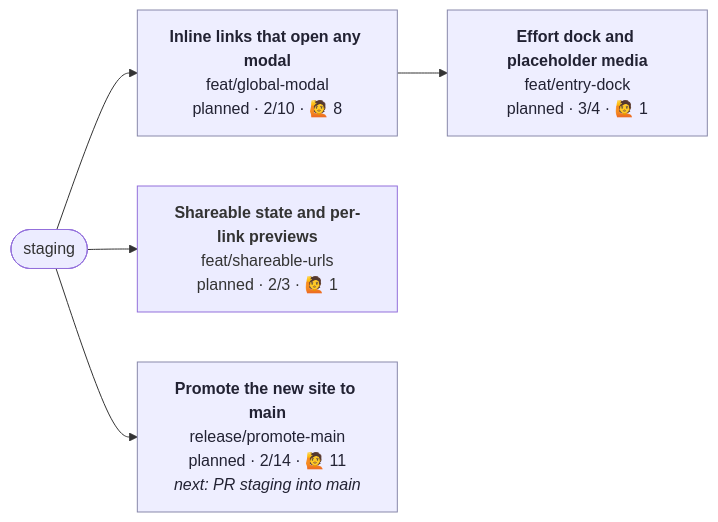
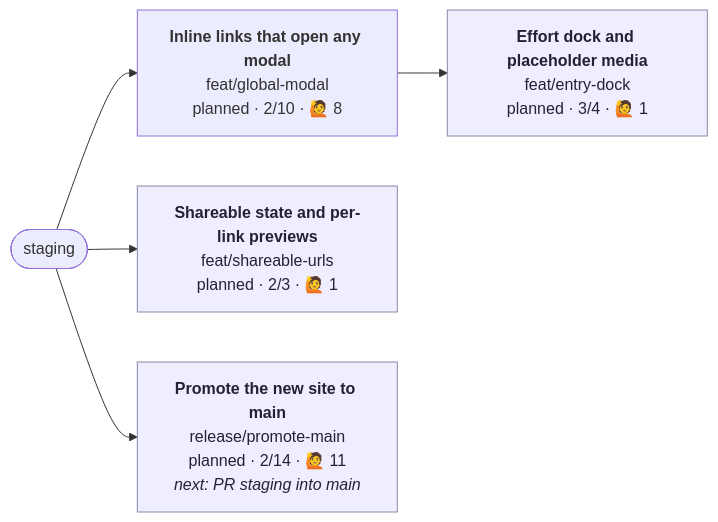
One commit to henryjonescodes/portfolio changed the diagram in CONTRIBUTING.md. Above: the diagram before and after it, drawn with Mermaid. The commit also changed other lines of this file, not shown here.

````diff
--- a/CONTRIBUTING.md
+++ b/CONTRIBUTING.md
@@ -5,21 +5,21 @@
 ```mermaid
 flowchart LR
   n_staging([staging])
   n_feat_entry_dock["<b>Effort dock and placeholder media</b><br/>feat/entry-dock<br/>planned · 3/4 · 🙋 1"]
   class n_feat_entry_dock planned
   n_feat_global_modal --> n_feat_entry_dock
   n_feat_global_modal["<b>Inline links that open any modal</b><br/>feat/global-modal<br/>planned · 2/10 · 🙋 8"]
-  class n_feat_global_modal planned
+  class n_feat_global_modal planned,current
   n_staging --> n_feat_global_modal
   n_feat_shareable_urls["<b>Shareable state and per-link previews</b><br/>feat/shareable-urls<br/>planned · 2/3 · 🙋 1"]
-  class n_feat_shareable_urls planned,current
+  class n_feat_shareable_urls planned
   n_staging --> n_feat_shareable_urls
   n_release_promote_main["<b>Promote the new site to main</b><br/>release/promote-main<br/>planned · 2/14 · 🙋 11<br/><i>next: PR staging into main</i>"]
   class n_release_promote_main planned
   n_staging --> n_release_promote_main
   classDef planned fill:#eef,stroke:#88a,color:#223
   classDef active fill:#dfd,stroke:#3a3,stroke-width:3px,color:#132
   classDef blocked fill:#fdd,stroke:#c33,color:#311
   classDef review fill:#ffd,stroke:#cc3,color:#331
   classDef current stroke:#06c,stroke-width:4px
 ```
````
